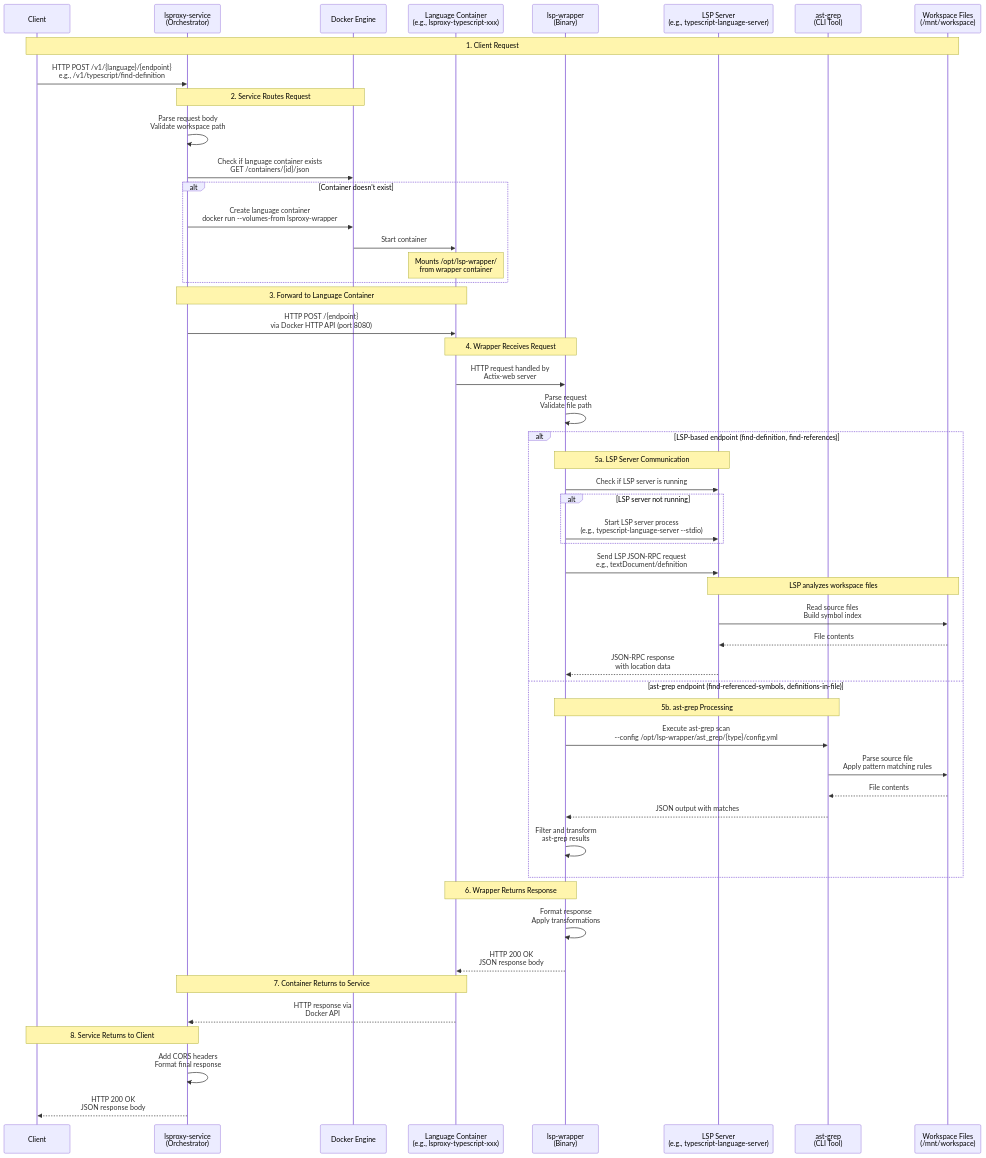
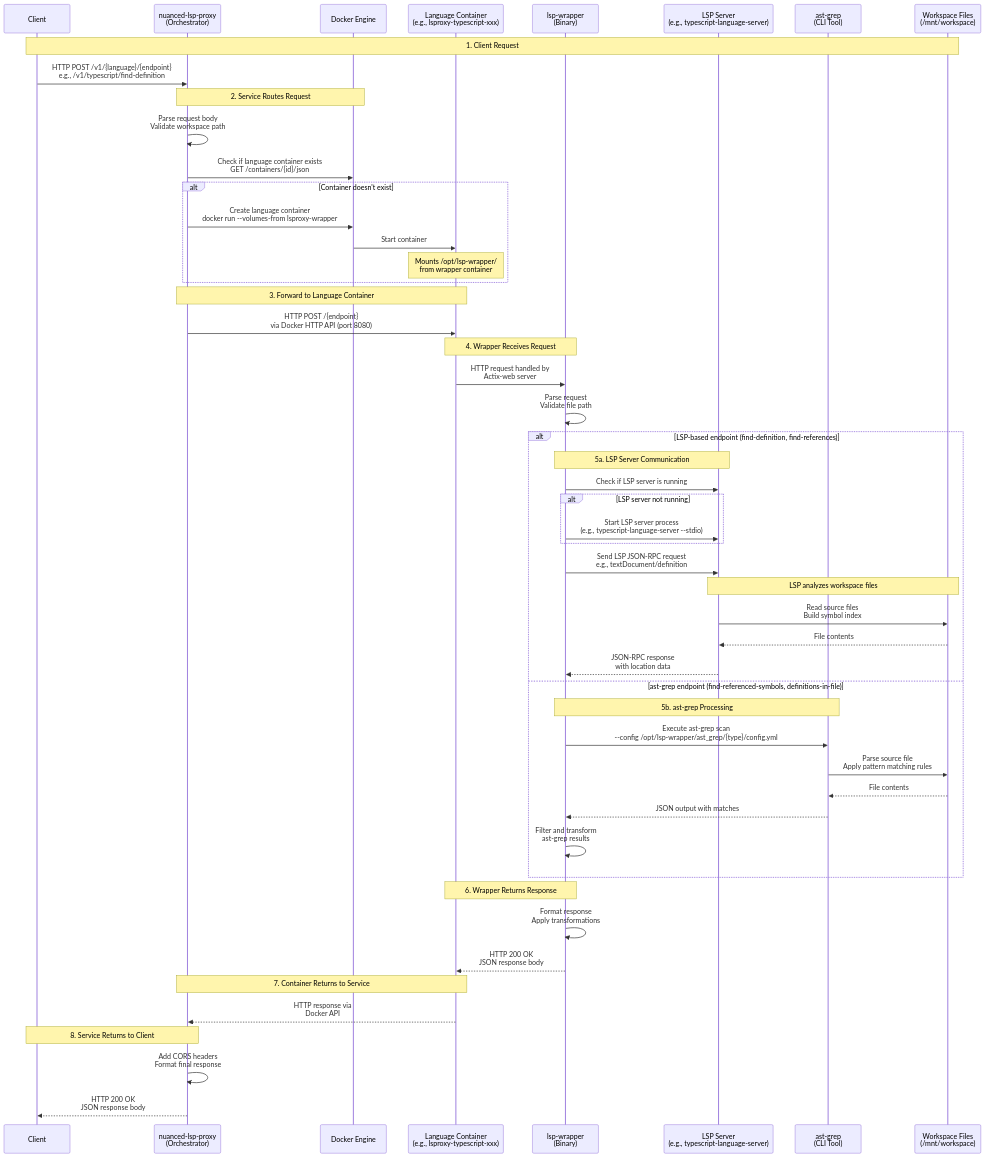
The diagram in docs/architecture.md (nuanced-dev/lsproxy), drawn with Mermaid before and after one commit. The commit also changed other lines of this file and 11 other files, not shown here.

````diff
--- a/docs/architecture.md
+++ b/docs/architecture.md
@@ -9,64 +9,64 @@
 ```mermaid
 sequenceDiagram
     participant Client
-    participant Service as lsproxy-service<br/>(Orchestrator)
+    participant Service as nuanced-lsp-proxy<br/>(Orchestrator)
     participant Docker as Docker Engine
     participant LangContainer as Language Container<br/>(e.g., lsproxy-typescript-xxx)
     participant Wrapper as lsp-wrapper<br/>(Binary)
     participant LSP as LSP Server<br/>(e.g., typescript-language-server)
     participant AstGrep as ast-grep<br/>(CLI Tool)
     participant Workspace as Workspace Files<br/>(/mnt/workspace)
 
     Note over Client,Workspace: 1. Client Request
     Client->>Service: HTTP POST /v1/{language}/{endpoint}<br/>e.g., /v1/typescript/find-definition
 
     Note over Service,Docker: 2. Service Routes Request
     Service->>Service: Parse request body<br/>Validate workspace path
     Service->>Docker: Check if language container exists<br/>GET /containers/{id}/json
 
     alt Container doesn't exist
         Service->>Docker: Create language container<br/>docker run --volumes-from lsproxy-wrapper
         Docker->>LangContainer: Start container
         Note over LangContainer: Mounts /opt/lsp-wrapper/<br/>from wrapper container
     end
 
     Note over Service,LangContainer: 3. Forward to Language Container
     Service->>LangContainer: HTTP POST /{endpoint}<br/>via Docker HTTP API (port 8080)
 
     Note over LangContainer,Wrapper: 4. Wrapper Receives Request
     LangContainer->>Wrapper: HTTP request handled by<br/>Actix-web server
     Wrapper->>Wrapper: Parse request<br/>Validate file path
 
     alt LSP-based endpoint (find-definition, find-references)
         Note over Wrapper,LSP: 5a. LSP Server Communication
         Wrapper->>LSP: Check if LSP server is running
         alt LSP server not running
             Wrapper->>LSP: Start LSP server process<br/>(e.g., typescript-language-server --stdio)
         end
 
         Wrapper->>LSP: Send LSP JSON-RPC request<br/>e.g., textDocument/definition
         Note over LSP,Workspace: LSP analyzes workspace files
         LSP->>Workspace: Read source files<br/>Build symbol index
         Workspace-->>LSP: File contents
         LSP-->>Wrapper: JSON-RPC response<br/>with location data
 
     else ast-grep endpoint (find-referenced-symbols, definitions-in-file)
         Note over Wrapper,AstGrep: 5b. ast-grep Processing
         Wrapper->>AstGrep: Execute ast-grep scan<br/>--config /opt/lsp-wrapper/ast_grep/{type}/config.yml
         AstGrep->>Workspace: Parse source file<br/>Apply pattern matching rules
         Workspace-->>AstGrep: File contents
         AstGrep-->>Wrapper: JSON output with matches
         Wrapper->>Wrapper: Filter and transform<br/>ast-grep results
     end
 
     Note over Wrapper,LangContainer: 6. Wrapper Returns Response
     Wrapper->>Wrapper: Format response<br/>Apply transformations
     Wrapper-->>LangContainer: HTTP 200 OK<br/>JSON response body
 
     Note over LangContainer,Service: 7. Container Returns to Service
     LangContainer-->>Service: HTTP response via<br/>Docker API
 
     Note over Service,Client: 8. Service Returns to Client
     Service->>Service: Add CORS headers<br/>Format final response
     Service-->>Client: HTTP 200 OK<br/>JSON response body
 ```
````
